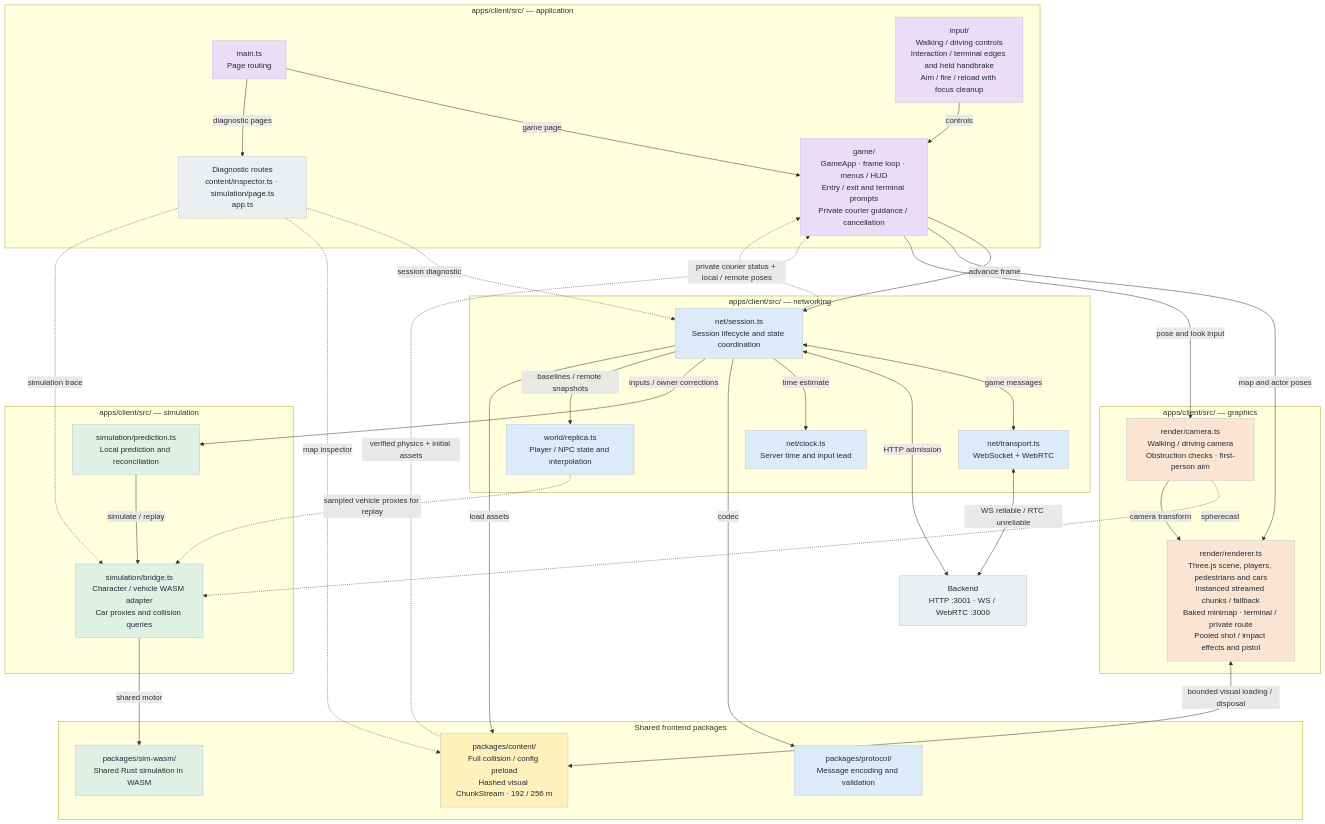
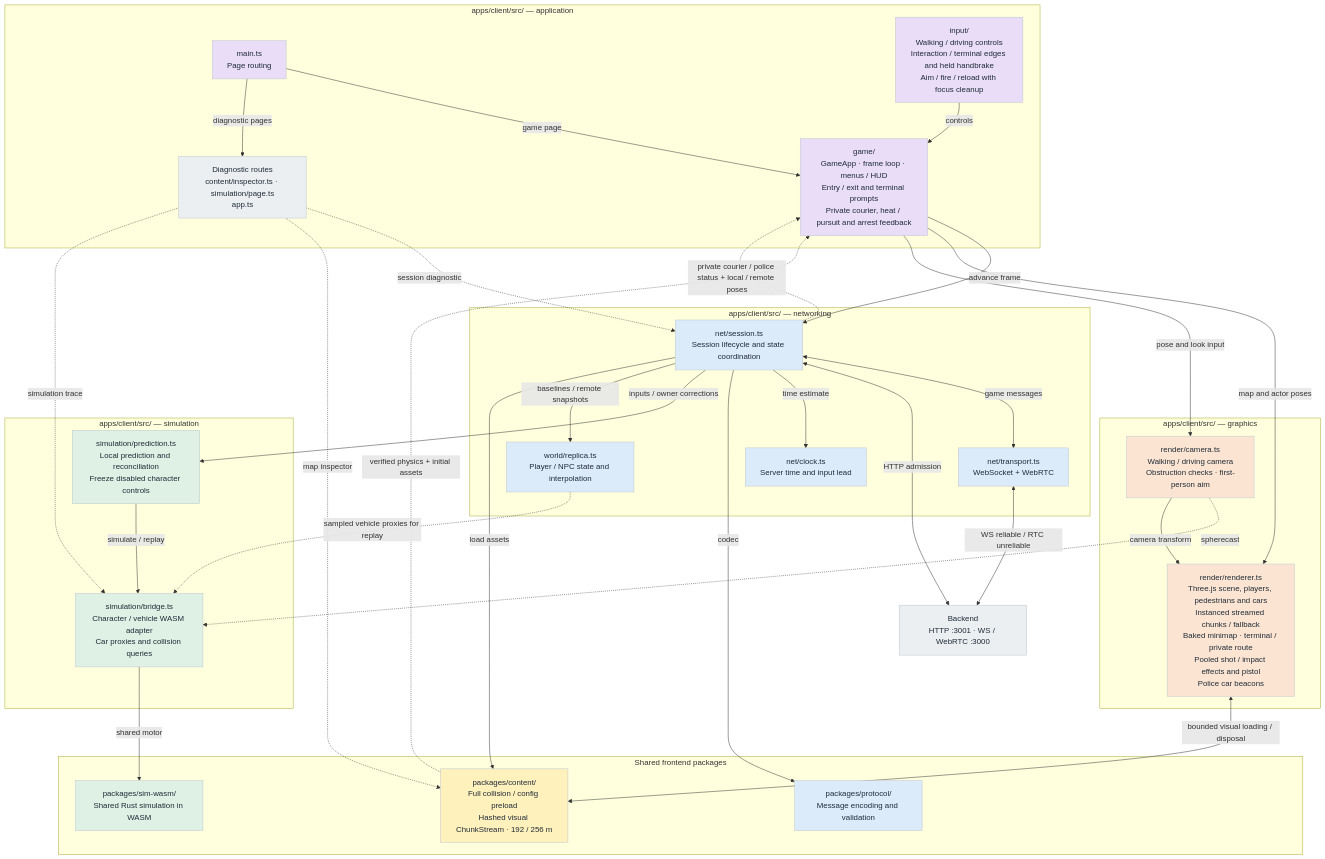
The diagram in docs/diagrams/frontend.mmd (harveynw/browser-sandbox-game), drawn with Mermaid before and after one commit. The commit also changed 69 other files, not shown here.

Commit message:
Complete T15 authoritative police pursuit heat and safe arrest

```diff
--- a/docs/diagrams/frontend.mmd
+++ b/docs/diagrams/frontend.mmd
@@ -1,64 +1,64 @@
-%% Frontend module system — current implementation through T14.
+%% Frontend module system — current implementation through T15.
 %% Update with module, ownership, transport or data-flow changes.
 %% Purple: orchestration; blue: networking; green: simulation;
 %% orange: graphics; yellow: content; grey: diagnostics/external.
 flowchart TD
   subgraph group_0["apps/client/src/ — application"]
     main["main.ts<br/>Page routing"]:::app
-    game["game/<br/>GameApp · frame loop · menus / HUD<br/>Entry / exit and terminal prompts<br/>Private courier guidance / cancellation"]:::app
+    game["game/<br/>GameApp · frame loop · menus / HUD<br/>Entry / exit and terminal prompts<br/>Private courier, heat / pursuit and arrest feedback"]:::app
     input["input/<br/>Walking / driving controls<br/>Interaction / terminal edges and held handbrake<br/>Aim / fire / reload with focus cleanup"]:::app
     tools["Diagnostic routes<br/>content/inspector.ts · simulation/page.ts<br/>app.ts"]:::other
   end
   subgraph group_1["apps/client/src/ — networking"]
     session["net/session.ts<br/>Session lifecycle and state coordination"]:::net
     transport["net/transport.ts<br/>WebSocket + WebRTC"]:::net
     clock["net/clock.ts<br/>Server time and input lead"]:::net
     replica["world/replica.ts<br/>Player / NPC state and interpolation"]:::net
   end
   subgraph group_2["apps/client/src/ — simulation"]
-    prediction["simulation/prediction.ts<br/>Local prediction and reconciliation"]:::sim
+    prediction["simulation/prediction.ts<br/>Local prediction and reconciliation<br/>Freeze disabled character controls"]:::sim
     bridge["simulation/bridge.ts<br/>Character / vehicle WASM adapter<br/>Car proxies and collision queries"]:::sim
   end
   subgraph group_3["apps/client/src/ — graphics"]
-    renderer["render/renderer.ts<br/>Three.js scene, players, pedestrians and cars<br/>Instanced streamed chunks / fallback<br/>Baked minimap · terminal / private route<br/>Pooled shot / impact effects and pistol"]:::gfx
+    renderer["render/renderer.ts<br/>Three.js scene, players, pedestrians and cars<br/>Instanced streamed chunks / fallback<br/>Baked minimap · terminal / private route<br/>Pooled shot / impact effects and pistol<br/>Police car beacons"]:::gfx
     camera["render/camera.ts<br/>Walking / driving camera<br/>Obstruction checks · first-person aim"]:::gfx
   end
   subgraph group_4["Shared frontend packages"]
     content["packages/content/<br/>Full collision / config preload<br/>Hashed visual ChunkStream · 192 / 256 m"]:::content
     protocol["packages/protocol/<br/>Message encoding and validation"]:::net
     wasm["packages/sim-wasm/<br/>Shared Rust simulation in WASM"]:::sim
   end
     backend["Backend<br/>HTTP :3001 · WS / WebRTC :3000"]:::other
 
   main -->|"game page"| game
   main -->|"diagnostic pages"| tools
   input -->|"controls"| game
   game -->|"advance frame"| session
   session <-->|"game messages"| transport
   transport <-->|"WS reliable / RTC unreliable"| backend
   session <-->|"HTTP admission"| backend
   session -->|"time estimate"| clock
   session -->|"codec"| protocol
   session -->|"inputs / owner corrections"| prediction
   prediction -->|"simulate / replay"| bridge
   bridge -->|"shared motor"| wasm
   session -->|"baselines / remote snapshots"| replica
   replica -.->|"sampled vehicle proxies for replay"| bridge
   session -->|"load assets"| content
   content -.->|"verified physics + initial assets"| game
   renderer <-->|"bounded visual loading / disposal"| content
-  session -.->|"private courier status + local / remote poses"| game
+  session -.->|"private courier / police status + local / remote poses"| game
   game -->|"map and actor poses"| renderer
   game -->|"pose and look input"| camera
   camera -.->|"spherecast"| bridge
   camera -->|"camera transform"| renderer
   tools -.->|"session diagnostic"| session
   tools -.->|"map inspector"| content
   tools -.->|"simulation trace"| bridge
 
   classDef app fill:#E9DDF7,stroke:#BDC5CE,color:#202B38
   classDef net fill:#DCEBFA,stroke:#BDC5CE,color:#202B38
   classDef sim fill:#DFF1E4,stroke:#BDC5CE,color:#202B38
   classDef gfx fill:#FBE5D2,stroke:#BDC5CE,color:#202B38
   classDef content fill:#FFF1BC,stroke:#BDC5CE,color:#202B38
   classDef other fill:#ECEFF2,stroke:#BDC5CE,color:#202B38
```
